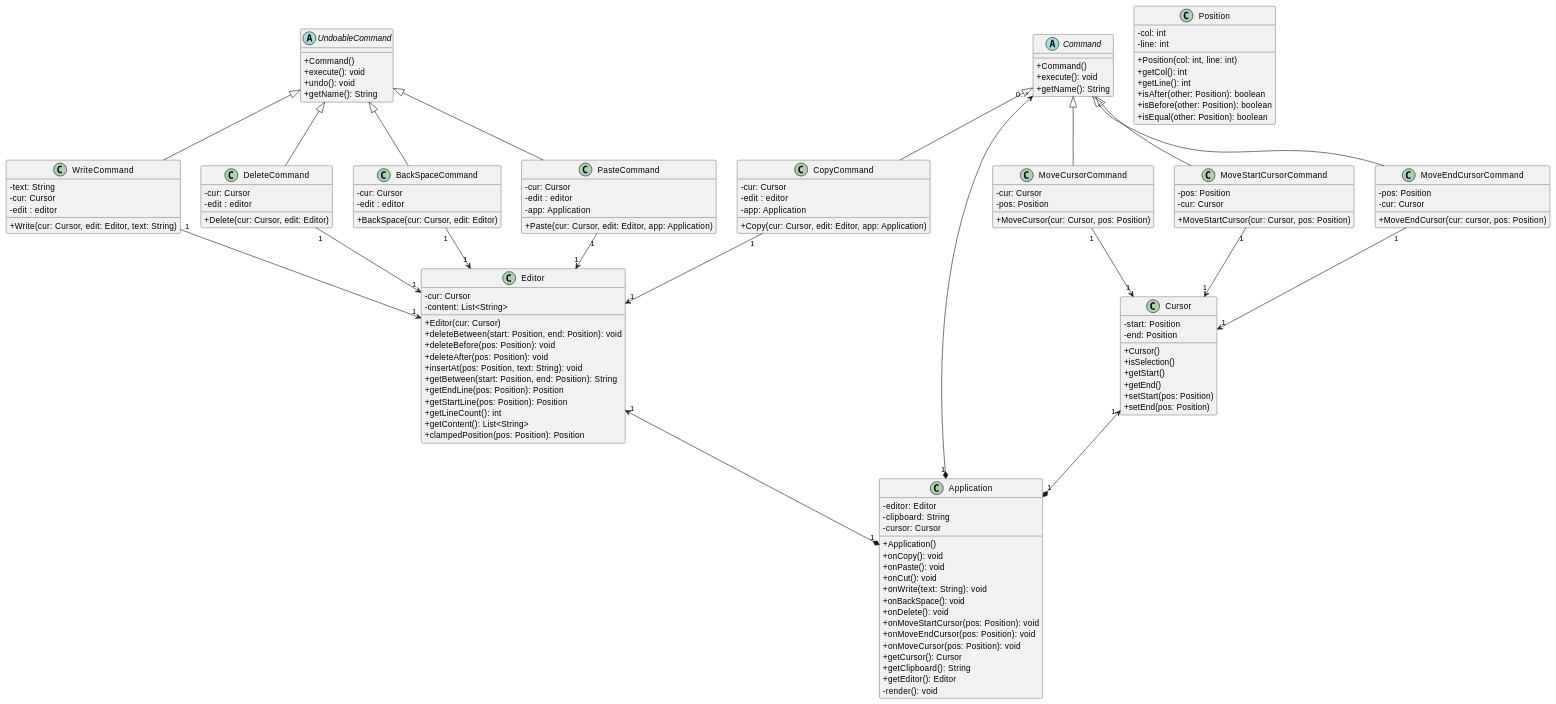
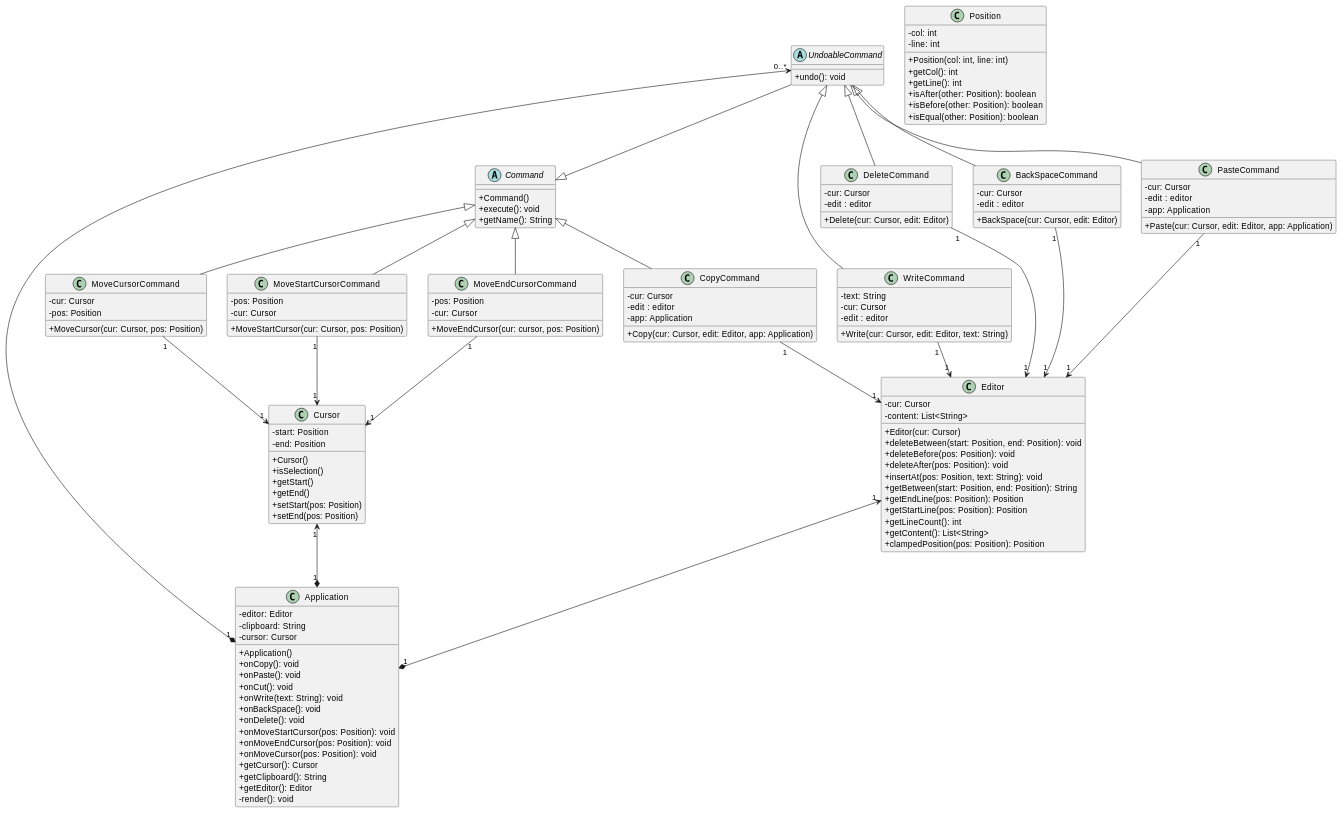
One commit to CodyAdam/another-useless-text-editor changed the fourth of 6 diagrams in README.md. Above: the diagram before and after it, drawn with PlantUML.

Commit message:
version 1.0 of the second diagramm class

```diff
--- a/README.md
+++ b/README.md
@@ -441,10 +441,7 @@
     }
 
     Abstract UndoableCommand{
-        +Command()
-        +execute(): void
         +undo(): void
-        +getName(): String
     }
     
     class Cursor{
@@ -527,7 +524,8 @@
     UndoableCommand <|-- WriteCommand 
     UndoableCommand <|-- DeleteCommand
     UndoableCommand <|-- BackSpaceCommand
-    
+    UndoableCommand --|> Command
+
     Command <|-- CopyCommand 
     Command <|-- MoveStartCursorCommand 
     Command <|-- MoveEndCursorCommand 
@@ -535,7 +533,10 @@
 
 
     Editor "1" <--* "1" Application
-    Command "0..*" <--* "1" Application
+    'Command "0..*" <--* "1" Application 
+    ' WHY?? plutôt
+    UndoableCommand "0..*" <--* "1" Application 
+    
 
     PasteCommand "1" --> "1" Editor
     WriteCommand "1" --> "1"Editor
```
